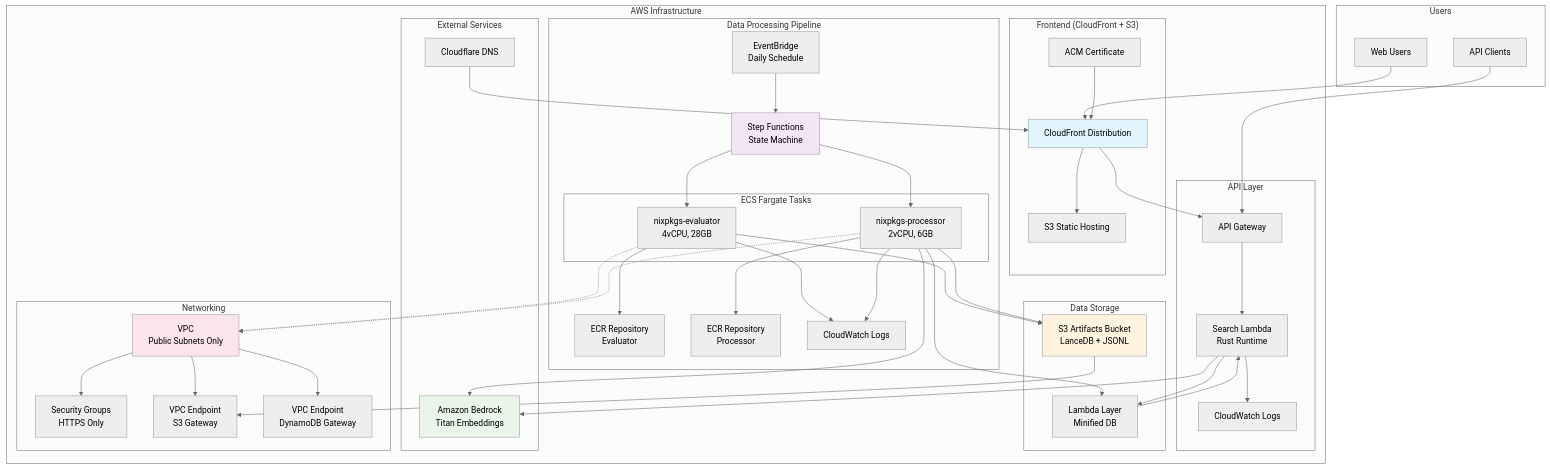
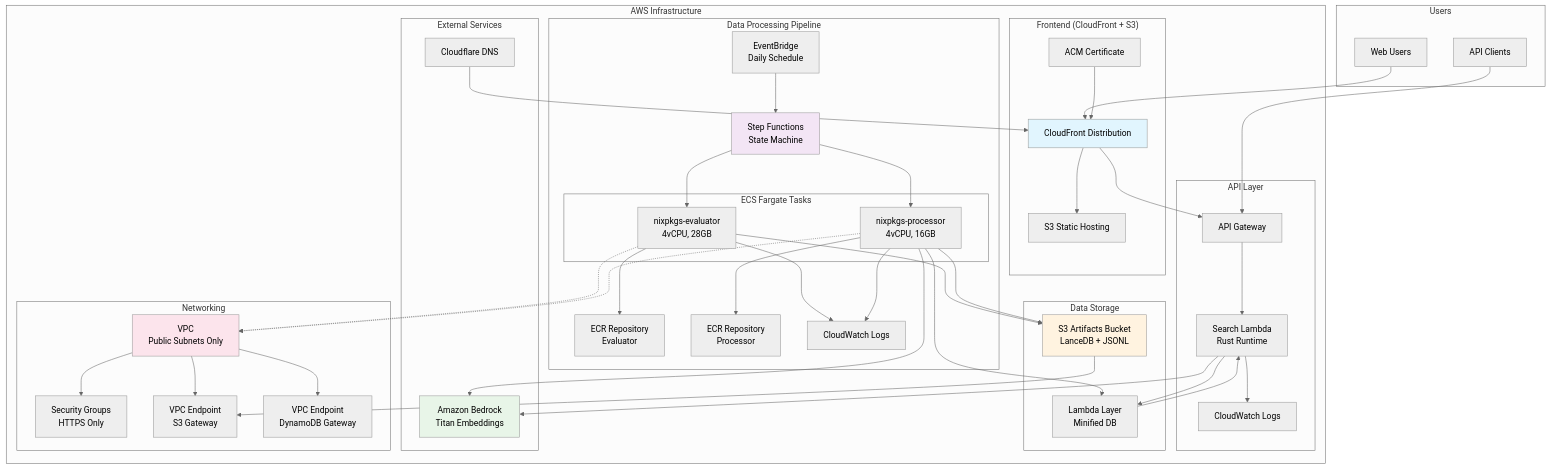
Before and after one commit to james-ralph8555/fdnix: the first of 4 diagrams in packages/cdk/README.md, drawn with Mermaid (neutral theme). The commit also changed other lines of this file and 5 other files, not shown here.

Commit message:
updated graph processing

```diff
--- a/packages/cdk/README.md
+++ b/packages/cdk/README.md
@@ -32,7 +32,7 @@
             
             subgraph "ECS Fargate Tasks"
                 E1[nixpkgs-evaluator<br/>4vCPU, 28GB]
-                E2[nixpkgs-processor<br/>2vCPU, 6GB]
+                E2[nixpkgs-processor<br/>4vCPU, 16GB]
             end
             
             ECR1[ECR Repository<br/>Evaluator]
```
